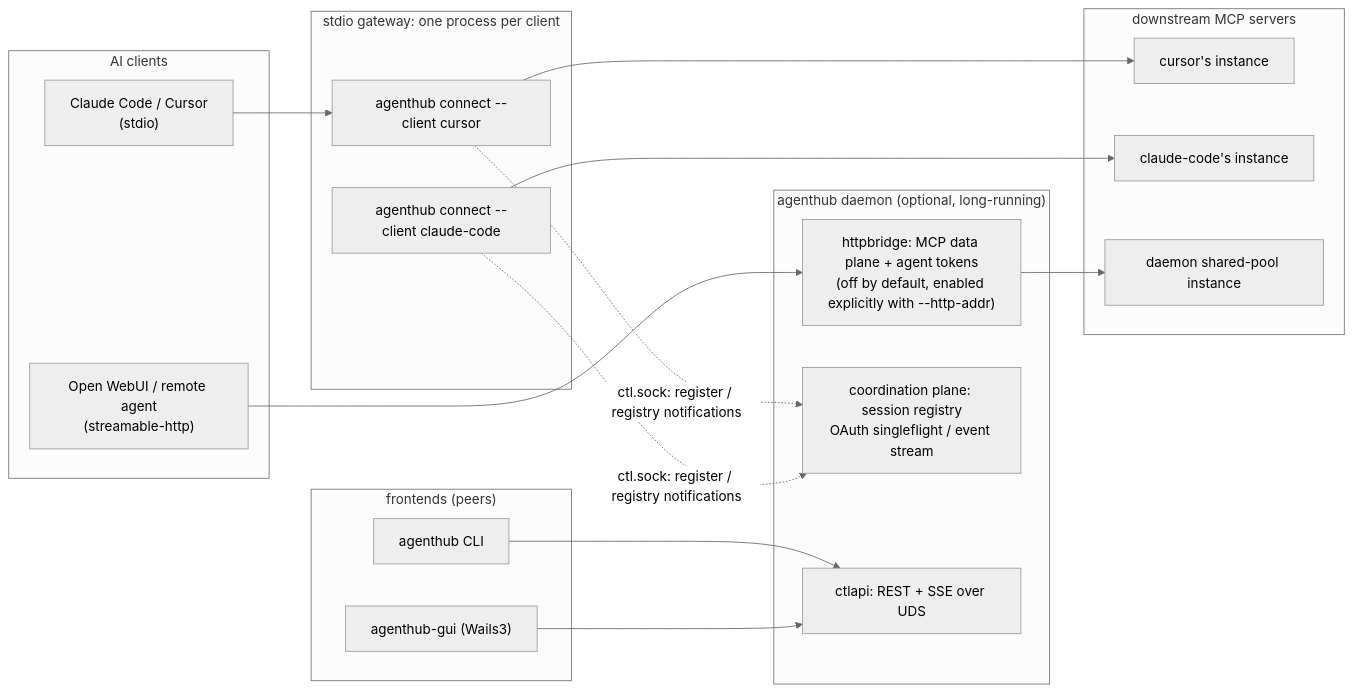
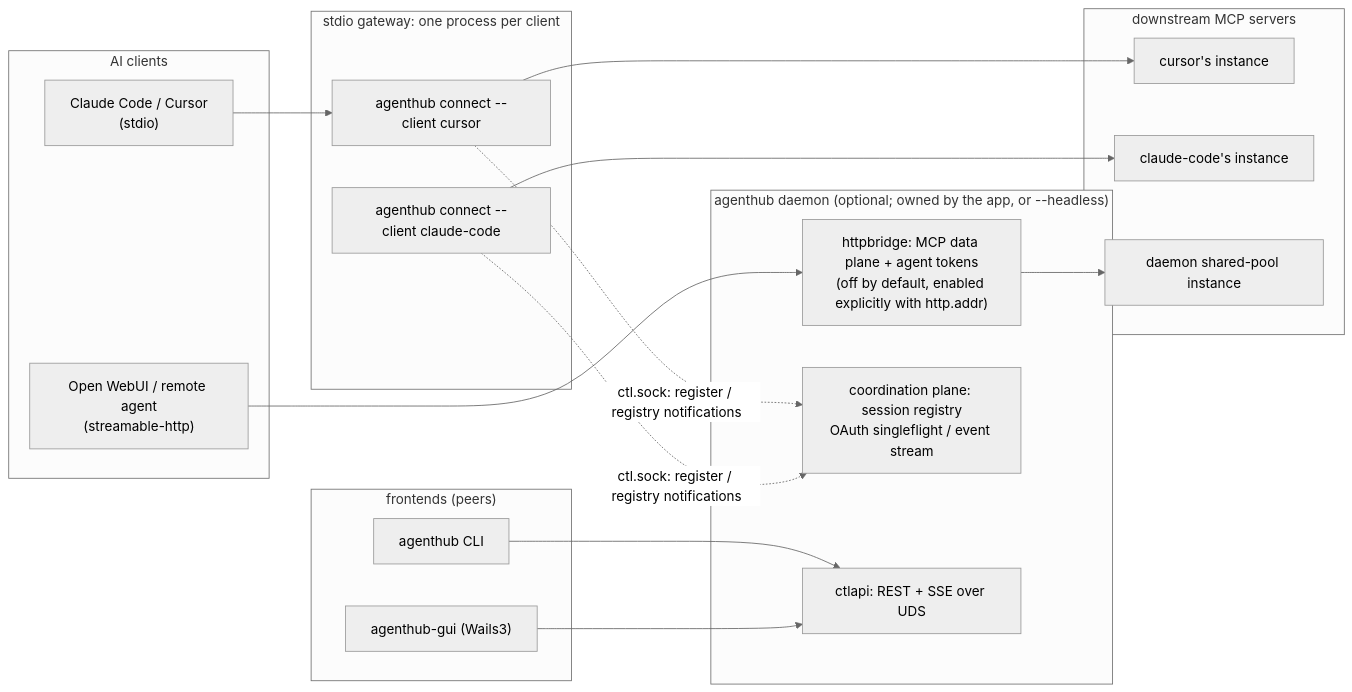
Before and after one commit to dinstein/agent-hub: the first of 8 diagrams in docs/architecture.md, drawn with Mermaid (neutral theme). The commit also changed other lines of this file and 3 other files, not shown here.

````diff
--- a/docs/architecture.md
+++ b/docs/architecture.md
@@ -23,33 +23,33 @@
 ```mermaid
 flowchart LR
     subgraph clients["AI clients"]
         C1["Claude Code / Cursor<br/>(stdio)"]
         C2["Open WebUI / remote agent<br/>(streamable-http)"]
     end
     subgraph gws["stdio gateway: one process per client"]
         G1["agenthub connect --client cursor"]
         G2["agenthub connect --client claude-code"]
     end
-    subgraph daemon["agenthub daemon (optional, long-running)"]
-        H["httpbridge: MCP data plane + agent tokens<br/>(off by default, enabled explicitly with --http-addr)"]
+    subgraph daemon["agenthub daemon (optional; owned by the app, or --headless)"]
+        H["httpbridge: MCP data plane + agent tokens<br/>(off by default, enabled explicitly with http.addr)"]
         CO["coordination plane: session registry<br/>OAuth singleflight / event stream"]
         CP["ctlapi: REST + SSE over UDS"]
     end
     subgraph front["frontends (peers)"]
         CLI["agenthub CLI"]
         GUI["agenthub-gui (Wails3)"]
     end
     subgraph down["downstream MCP servers"]
         D1["cursor's instance"]
         D2["claude-code's instance"]
         D3["daemon shared-pool instance"]
     end
     C1 --> G1
     C2 --> H
     G1 --> D1
     G2 --> D2
     H --> D3
     G1 & G2 -.->|"ctl.sock: register / registry notifications"| CO
     CLI --> CP
     GUI --> CP
 ```
````
